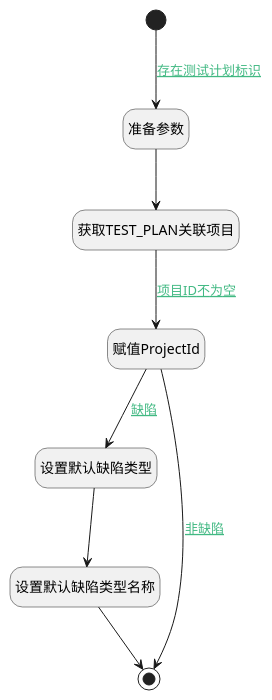
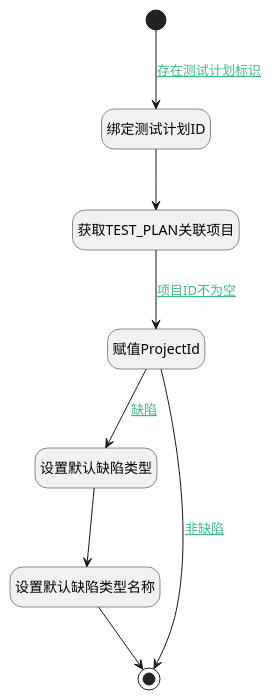
Before and after one commit to iBizLab/plm: the diagram in doc/docsify/module/ProjMgmt/work_item/logic/work_item_test_plan_project.md, drawn with PlantUML. The commit also changed other lines of this file and 1778 other files, not shown here.

````diff
--- a/doc/docsify/module/ProjMgmt/work_item/logic/work_item_test_plan_project.md
+++ b/doc/docsify/module/ProjMgmt/work_item/logic/work_item_test_plan_project.md
@@ -7,30 +7,30 @@
 ```plantuml
 @startuml
 hide empty description
 <style>
 root {
   HyperlinkColor #42b983
 }
 </style>
 
 hide empty description
 state "开始" as Begin <<start>> [[$./work_item_test_plan_project#begin {"开始"}]]
-state "准备参数" as PREPAREPARAM1  [[$./work_item_test_plan_project#prepareparam1 {"准备参数"}]]
+state "绑定测试计划ID" as PREPAREPARAM1  [[$./work_item_test_plan_project#prepareparam1 {"绑定测试计划ID"}]]
 state "获取TEST_PLAN关联项目" as DEACTION1  [[$./work_item_test_plan_project#deaction1 {"获取TEST_PLAN关联项目"}]]
 state "赋值ProjectId" as PREPAREPARAM2  [[$./work_item_test_plan_project#prepareparam2 {"赋值ProjectId"}]]
 state "设置默认缺陷类型" as RAWSFCODE1  [[$./work_item_test_plan_project#rawsfcode1 {"设置默认缺陷类型"}]]
 state "结束" as END1 <<end>> [[$./work_item_test_plan_project#end1 {"结束"}]]
 state "设置默认缺陷类型名称" as PREPAREPARAM3  [[$./work_item_test_plan_project#prepareparam3 {"设置默认缺陷类型名称"}]]
 
 
 Begin --> PREPAREPARAM1 : [[$./work_item_test_plan_project#begin-prepareparam1{存在测试计划标识} 存在测试计划标识]]
 PREPAREPARAM1 --> DEACTION1
 DEACTION1 --> PREPAREPARAM2 : [[$./work_item_test_plan_project#deaction1-prepareparam2{项目ID不为空} 项目ID不为空]]
 PREPAREPARAM2 --> END1 : [[$./work_item_test_plan_project#prepareparam2-end1{非缺陷} 非缺陷]]
 PREPAREPARAM2 --> RAWSFCODE1 : [[$./work_item_test_plan_project#prepareparam2-rawsfcode1{缺陷} 缺陷]]
 RAWSFCODE1 --> PREPAREPARAM3
 PREPAREPARAM3 --> END1
 
 
 @enduml
 ```
````
